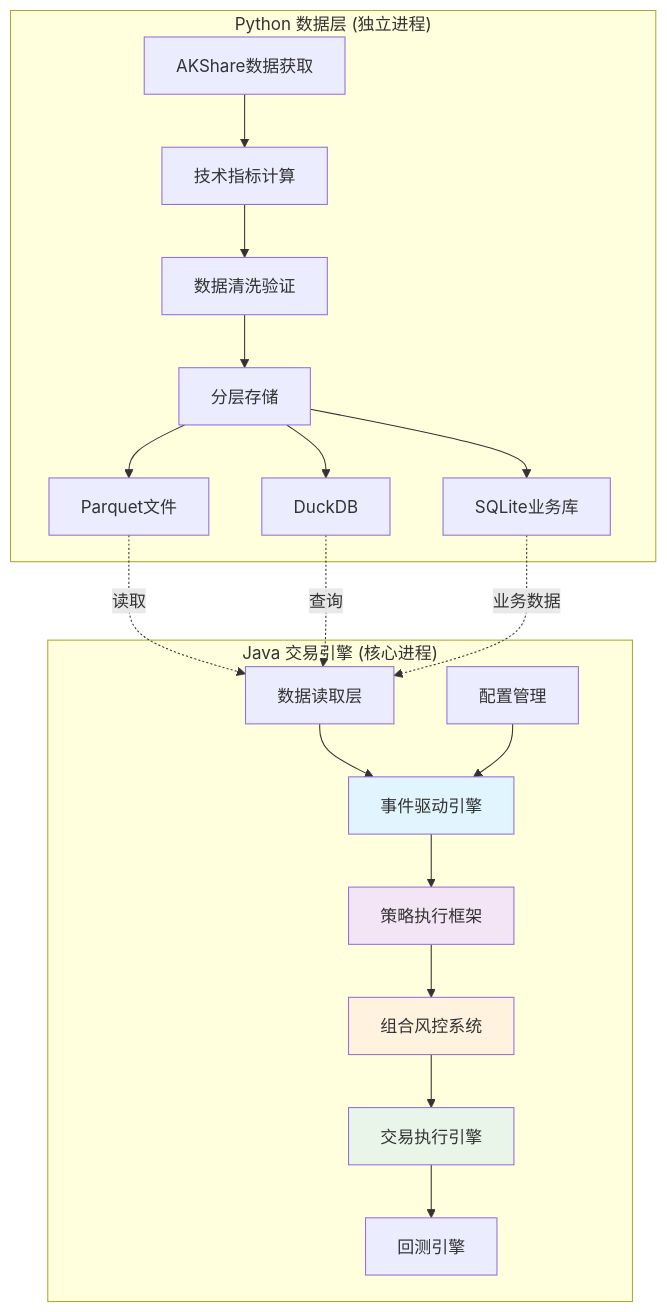
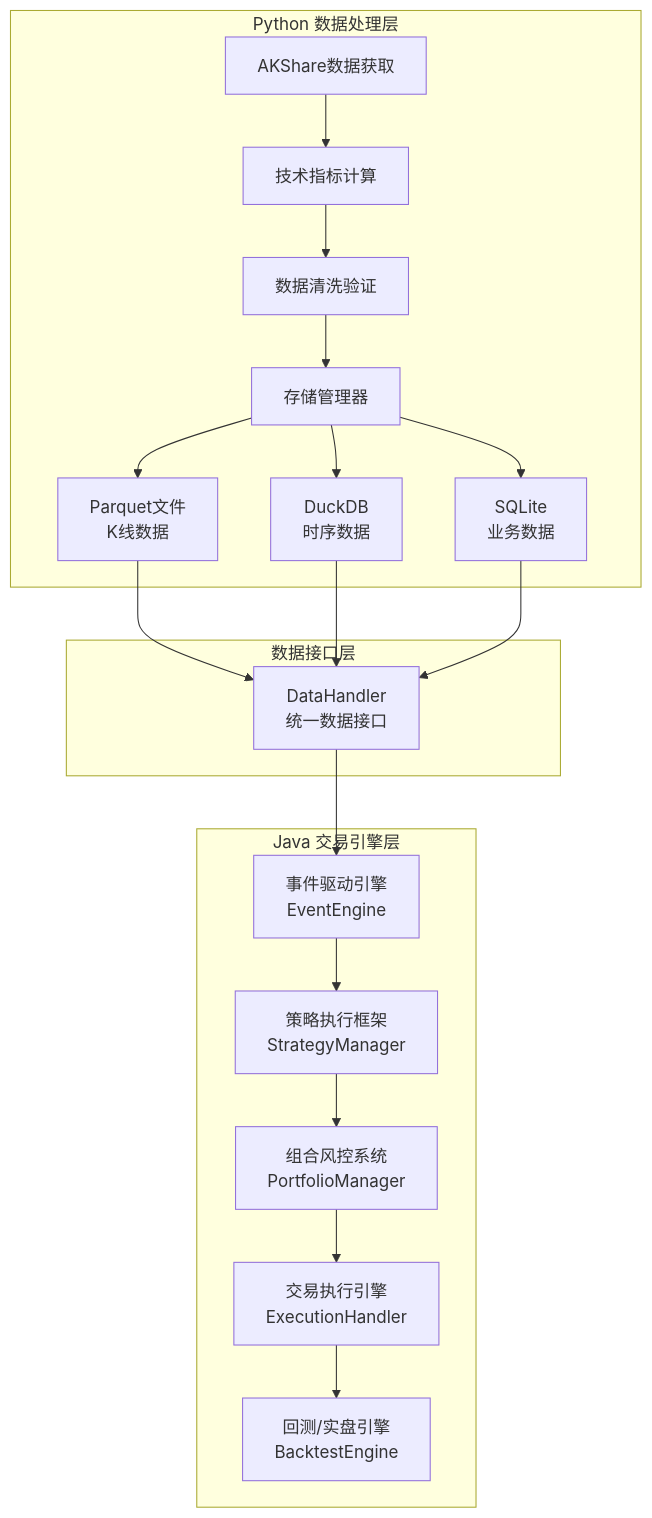
Before and after one commit to Will-Grindelwald/quant-trading: the diagram in README.md, drawn with Mermaid. The commit also changed other lines of this file and 47 other files, not shown here.

````diff
--- a/README.md
+++ b/README.md
@@ -30,30 +124,27 @@
 ```mermaid
 graph TB
-    subgraph "Python 数据层 (独立进程)"
+    subgraph "Python 数据处理层"
         A[AKShare数据获取] --> B[技术指标计算]
         B --> C[数据清洗验证]
-        C --> D[分层存储]
-        D --> E[Parquet文件]
-        D --> F[DuckDB]
-        D --> G[SQLite业务库]
+        C --> D[存储管理器]
+        D --> E[Parquet文件<br/>K线数据]
+        D --> F[DuckDB<br/>时序数据]
+        D --> G[SQLite<br/>业务数据]
     end
     
-    subgraph "Java 交易引擎 (核心进程)"
-        H[事件驱动引擎] --> I[策略执行框架]
-        I --> J[组合风控系统] 
-        J --> K[交易执行引擎]
-        K --> L[回测引擎]
-        
-        M[数据读取层] --> H
-        N[配置管理] --> H
+    subgraph "Java 交易引擎层"
+        H[事件驱动引擎<br/>EventEngine] --> I[策略执行框架<br/>StrategyManager]
+        I --> J[组合风控系统<br/>PortfolioManager]
+        J --> K[交易执行引擎<br/>ExecutionHandler]
+        K --> L[回测/实盘引擎<br/>BacktestEngine]
     end
     
-    E -.->|读取| M
-    F -.->|查询| M  
-    G -.->|业务数据| M
+    subgraph "数据接口层"
+        M[DataHandler<br/>统一数据接口]
+    end
     
-    style H fill:#e1f5fe
-    style I fill:#f3e5f5
-    style J fill:#fff3e0
-    style K fill:#e8f5e8
+    E --> M
+    F --> M
+    G --> M
+    M --> H
 ```
````
